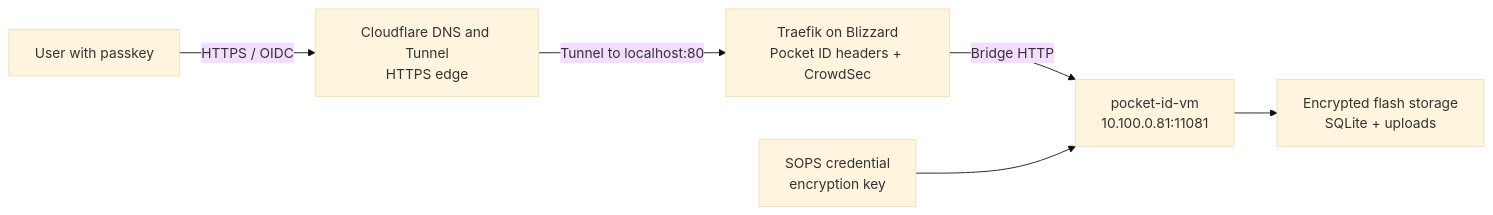
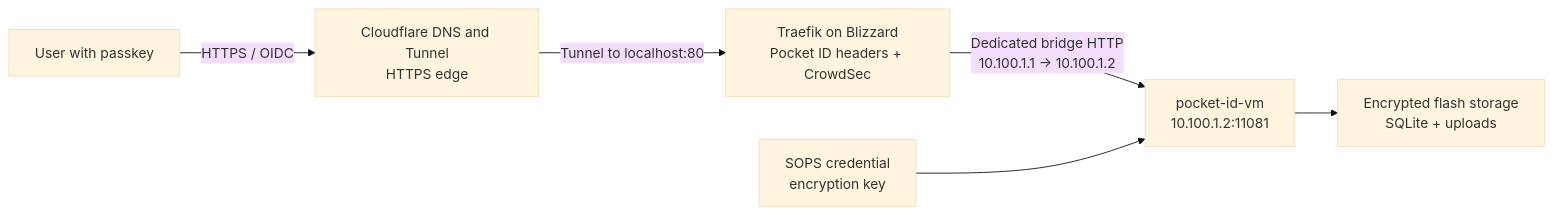
Before and after one commit to telometto/nix-config: the diagram in docs/pocket-id.md, drawn with Mermaid (base theme). The commit also changed other lines of this file and 1 other file, not shown here.

Commit message:
feat(pocket-id): update Pocket ID VM IP address and firewall rules for enhanced security

````diff
--- a/docs/pocket-id.md
+++ b/docs/pocket-id.md
@@ -24,15 +24,15 @@
 ```mermaid
 flowchart LR
     User["User with passkey"]
     CF["Cloudflare DNS and Tunnel\nHTTPS edge"]
     Traefik["Traefik on Blizzard\nPocket ID headers + CrowdSec"]
-    VM["pocket-id-vm\n10.100.0.81:11081"]
+    VM["pocket-id-vm\n10.100.1.2:11081"]
     State["Encrypted flash storage\nSQLite + uploads"]
     SOPS["SOPS credential\nencryption key"]
 
     User -->|"HTTPS / OIDC"| CF
     CF -->|"Tunnel to localhost:80"| Traefik
-    Traefik -->|"Bridge HTTP"| VM
+    Traefik -->|"Dedicated bridge HTTP\n10.100.1.1 → 10.100.1.2"| VM
     VM --> State
     SOPS --> VM
 ```
````
